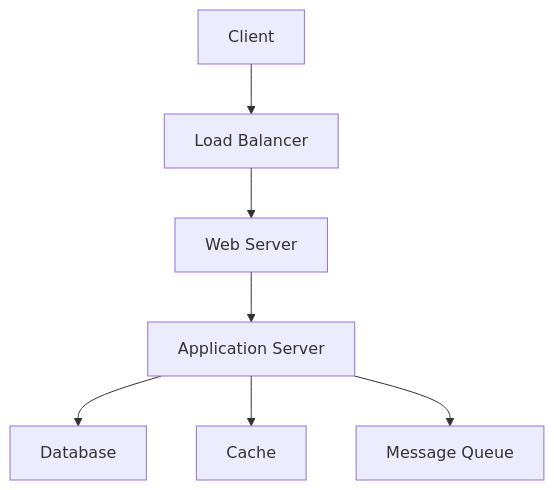
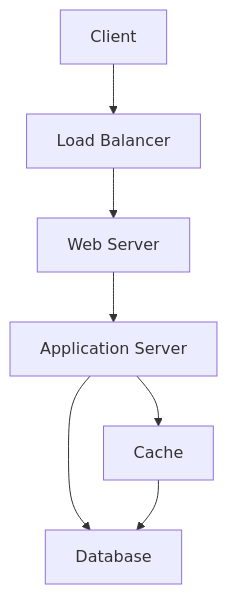
One commit to VrushankPatel/interview-matters changed the diagram in system-design-basics/README.md. Above: the diagram before and after it, drawn with Mermaid. The commit also changed other lines of this file and 5 other files, not shown here.

````diff
--- a/system-design-basics/README.md
+++ b/system-design-basics/README.md
@@ -36,9 +116,9 @@
 ```mermaid
 graph TD
     A[Client] --> B[Load Balancer]
     B --> C[Web Server]
     C --> D[Application Server]
-    D --> E[Database]
-    D --> F[Cache]
-    D --> G[Message Queue]
+    D --> E[Cache]
+    D --> F[Database]
+    E --> F
 ```
````
